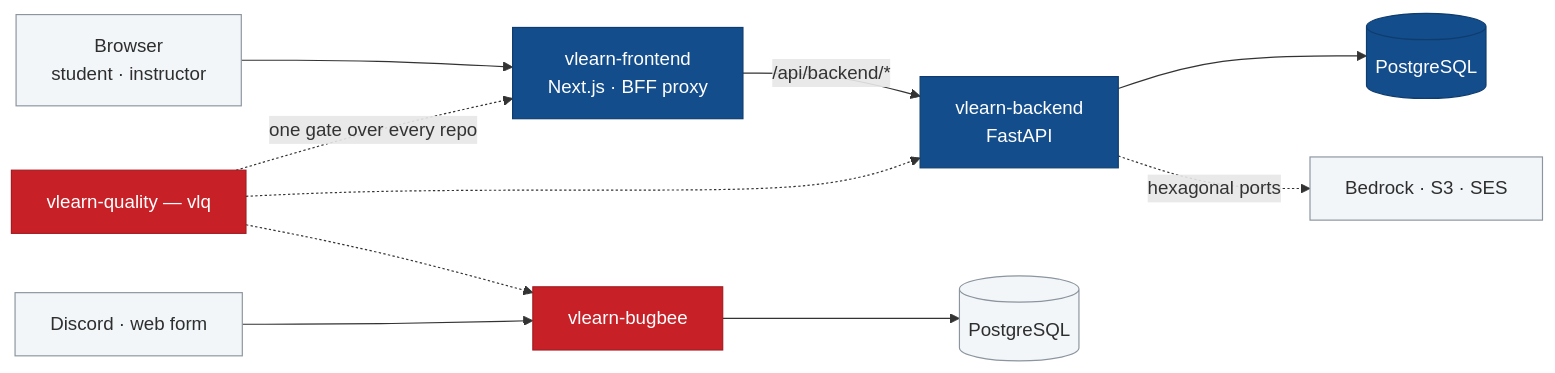
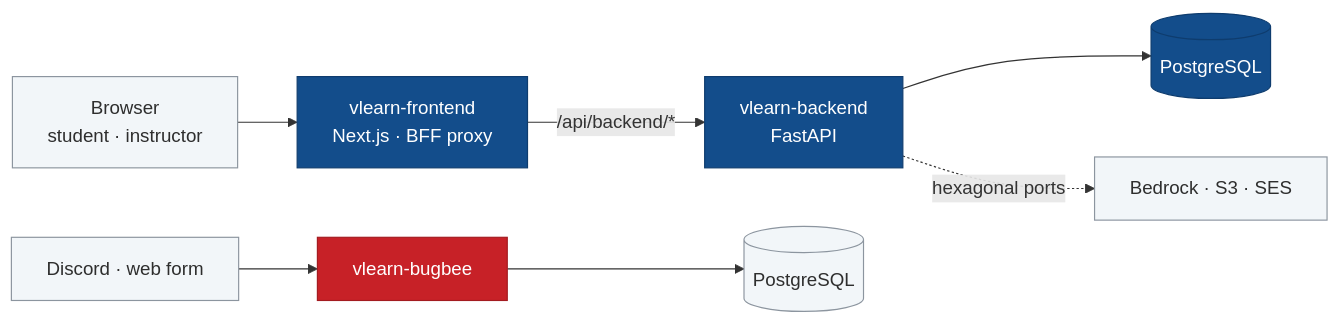
The diagram in profile/README.md (vinuni-vlearn/.github), drawn with Mermaid before and after one commit. The commit also changed other lines of this file, not shown here.

Commit message:
Untangle the architecture diagram
The three dotted vlearn-quality edges crossed the whole graph and pushed a
node under the diagram controls. The gate is a fact about every repository,
not an edge between two of them, so it belongs in prose.

Claude-Session: https://claude.ai/code/session_01LEqwzyuS7EiMc5oo1T28f1

````diff
--- a/profile/README.md
+++ b/profile/README.md
@@ -35,19 +35,15 @@
 ```mermaid
 flowchart LR
   B["Browser<br/>student · instructor"] --> FE["vlearn-frontend<br/>Next.js · BFF proxy"]
   FE -- "/api/backend/*" --> BE["vlearn-backend<br/>FastAPI"]
   BE --> DB[("PostgreSQL")]
   BE -. "hexagonal ports" .-> EXT["Bedrock · S3 · SES"]
-  RP["Discord · web form"] --> BB["vlearn-bugbee"]
-  BB --> BDB[("PostgreSQL")]
-  VQ["vlearn-quality — vlq"] -. "one gate over every repo" .-> FE
-  VQ -. " " .-> BE
-  VQ -. " " .-> BB
+  RP["Discord · web form"] --> BB["vlearn-bugbee"] --> BDB[("PostgreSQL")]
 
   classDef navy fill:#134D8B,stroke:#0E3C6E,color:#FFFFFF;
   classDef red fill:#C72127,stroke:#A31B20,color:#FFFFFF;
   classDef plain fill:#F2F6F9,stroke:#8C959F,color:#2E2E2E;
   class FE,BE,DB navy;
-  class BB,VQ red;
+  class BB red;
   class B,EXT,RP,BDB plain;
 ```
````
